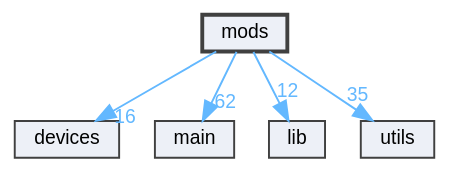
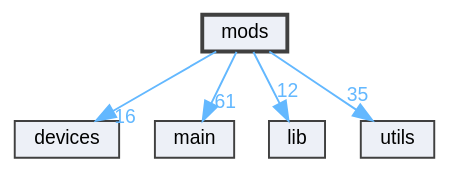
The diagram in api/dir_e32e21dff86b2f4c3e9cf44f437b74cb_dep.dot (the-moisrex/foresight), drawn with Graphviz before and after one commit. The commit also changed 160 other files, not shown here.

```diff
--- a/api/dir_e32e21dff86b2f4c3e9cf44f437b74cb_dep.dot
+++ b/api/dir_e32e21dff86b2f4c3e9cf44f437b74cb_dep.dot
@@ -1,17 +1,17 @@
 digraph "mods"
 {
  // LATEX_PDF_SIZE
   bgcolor="transparent";
   edge [fontname=Helvetica,fontsize=10,labelfontname=Helvetica,labelfontsize=10];
   node [fontname=Helvetica,fontsize=10,shape=box,height=0.2,width=0.4];
   compound=true
   dir_e32e21dff86b2f4c3e9cf44f437b74cb [label="mods", fillcolor="#edf0f7", color="grey25", style="filled,bold", URL="dir_e32e21dff86b2f4c3e9cf44f437b74cb.html",tooltip=""];
   dir_07b86ffc266b39efa5bbdc0e9fdb330a [label="devices", fillcolor="#edf0f7", color="grey25", style="filled", URL="dir_07b86ffc266b39efa5bbdc0e9fdb330a.html",tooltip=""];
   dir_5c982d53a68cdbcd421152b4020263a9 [label="main", fillcolor="#edf0f7", color="grey25", style="filled", URL="dir_5c982d53a68cdbcd421152b4020263a9.html",tooltip=""];
   dir_97aefd0d527b934f1d99a682da8fe6a9 [label="lib", fillcolor="#edf0f7", color="grey25", style="filled", URL="dir_97aefd0d527b934f1d99a682da8fe6a9.html",tooltip=""];
   dir_cbdb8362360e11eafe2fa3bc74cf0ffd [label="utils", fillcolor="#edf0f7", color="grey25", style="filled", URL="dir_cbdb8362360e11eafe2fa3bc74cf0ffd.html",tooltip=""];
   dir_e32e21dff86b2f4c3e9cf44f437b74cb->dir_07b86ffc266b39efa5bbdc0e9fdb330a [headlabel="16", labeldistance=1.5 headhref="dir_000004_000001.html" href="dir_000004_000001.html" color="steelblue1" fontcolor="steelblue1"];
-  dir_e32e21dff86b2f4c3e9cf44f437b74cb->dir_5c982d53a68cdbcd421152b4020263a9 [headlabel="62", labeldistance=1.5 headhref="dir_000004_000003.html" href="dir_000004_000003.html" color="steelblue1" fontcolor="steelblue1"];
+  dir_e32e21dff86b2f4c3e9cf44f437b74cb->dir_5c982d53a68cdbcd421152b4020263a9 [headlabel="61", labeldistance=1.5 headhref="dir_000004_000003.html" href="dir_000004_000003.html" color="steelblue1" fontcolor="steelblue1"];
   dir_e32e21dff86b2f4c3e9cf44f437b74cb->dir_97aefd0d527b934f1d99a682da8fe6a9 [headlabel="12", labeldistance=1.5 headhref="dir_000004_000002.html" href="dir_000004_000002.html" color="steelblue1" fontcolor="steelblue1"];
   dir_e32e21dff86b2f4c3e9cf44f437b74cb->dir_cbdb8362360e11eafe2fa3bc74cf0ffd [headlabel="35", labeldistance=1.5 headhref="dir_000004_000005.html" href="dir_000004_000005.html" color="steelblue1" fontcolor="steelblue1"];
 }
```
